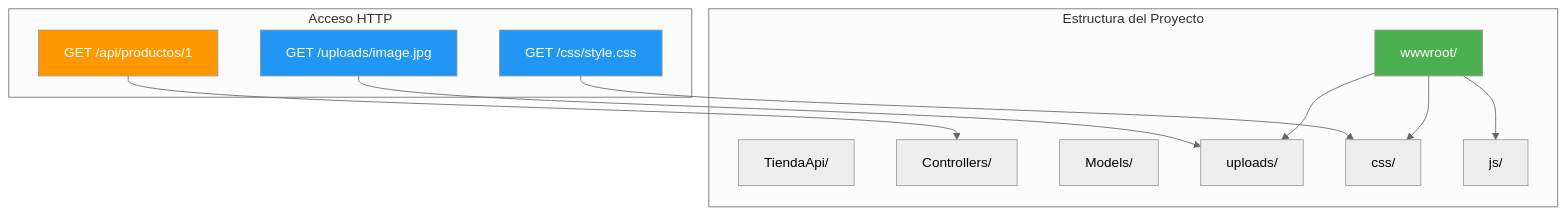
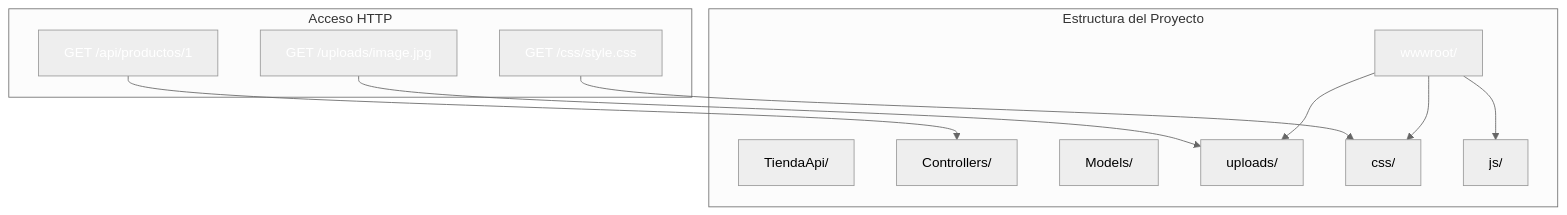
The second of 3 diagrams in 20-file-storage.md (joseluisgs/DesarrolloWebEntornosServidor-02-2026-2027), drawn with Mermaid (neutral theme) before and after one commit. The commit also changed other lines of this file and 41 other files, not shown here.

````diff
--- a/20-file-storage.md
+++ b/20-file-storage.md
@@ -169,23 +169,23 @@
 ```mermaid
 graph TD
     subgraph "Estructura del Proyecto"
         A[TiendaApi/]
         B[wwwroot/]
         C[Controllers/]
         D[Models/]
         B --> B1[uploads/]
         B --> B2[css/]
         B --> B3[js/]
     end
     
     subgraph "Acceso HTTP"
         G[GET /uploads/image.jpg] --> B1
         H[GET /css/style.css] --> B2
         I[GET /api/productos/1] --> C
     end
     
-    style B fill:#4CAF50,color:#fff
-    style G fill:#2196F3,color:#fff
-    style H fill:#2196F3,color:#fff
-    style I fill:#FF9800,color:#fff
+    style B fill:#4CAF5,color:#fff0,color:#fff
+    style G fill:#2196F,color:#fff3,color:#fff
+    style H fill:#2196F,color:#fff3,color:#fff
+    style I fill:#FF980,color:#fff0,color:#fff
 ```
````
